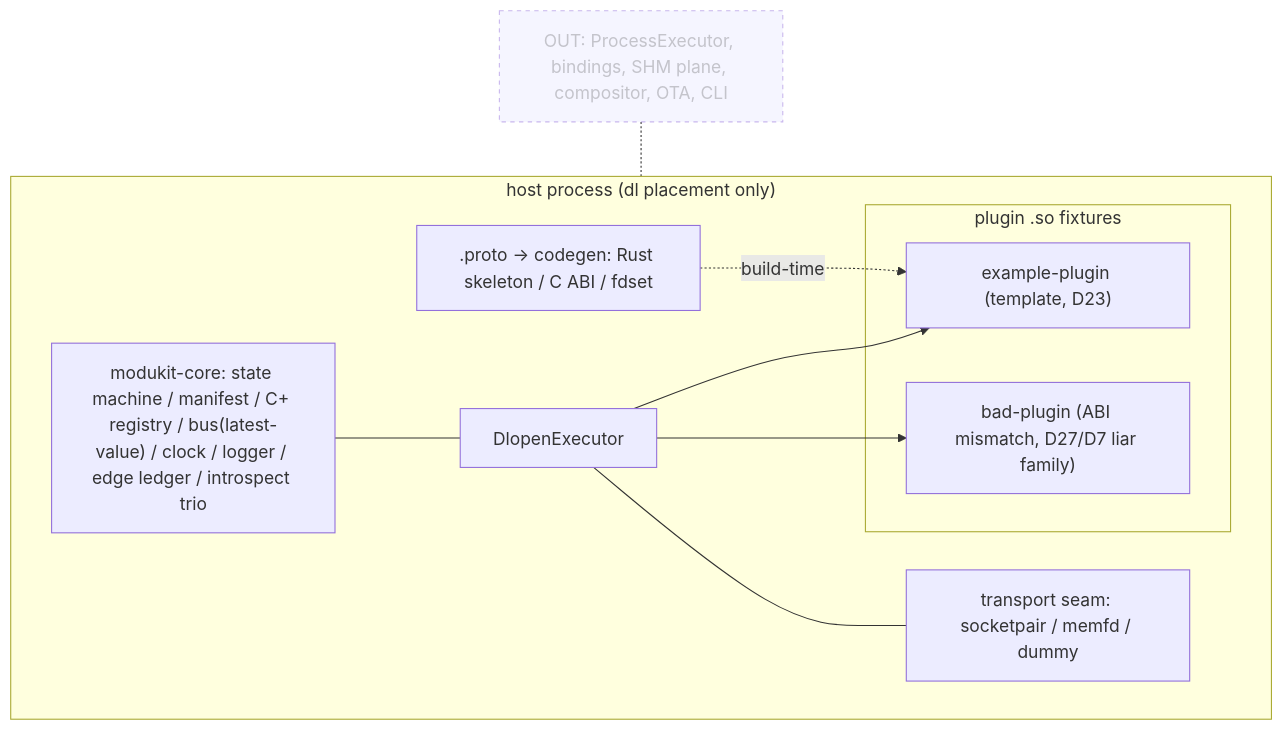
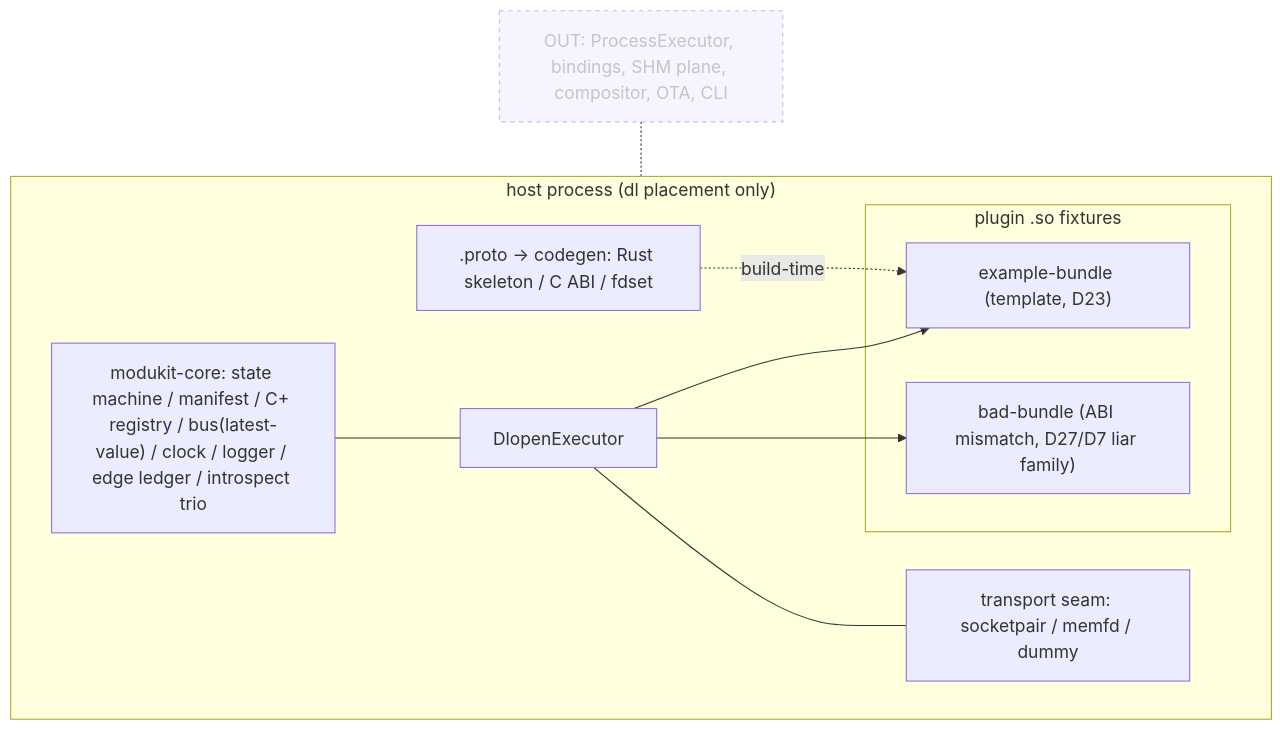
Before and after one commit to chengxuewen/ModuKit: the third of 3 diagrams in docs/stage-1-plan.md, drawn with Mermaid. The commit also changed other lines of this file and 108 other files, not shown here.

````diff
--- a/docs/stage-1-plan.md
+++ b/docs/stage-1-plan.md
@@ -77,17 +77,17 @@
 ```mermaid
 flowchart TB
     subgraph host["host process (dl placement only)"]
         K["modukit-core: state machine / manifest / C+ registry / bus(latest-value) / clock / logger / edge ledger / introspect trio"]
         EX["DlopenExecutor"]
         SEAM["transport seam: socketpair / memfd / dummy"]
         K --- EX --- SEAM
         subgraph plugs["plugin .so fixtures"]
-            EP["example-plugin (template, D23)"]
-            BP["bad-plugin (ABI mismatch, D27/D7 liar family)"]
+            EP["example-bundle (template, D23)"]
+            BP["bad-bundle (ABI mismatch, D27/D7 liar family)"]
         end
         EX --> EP & BP
         CG[".proto -> codegen: Rust skeleton / C ABI / fdset"] -.build-time.-> EP
     end
     NO1["OUT: ProcessExecutor, bindings, SHM plane, compositor, OTA, CLI"]:::out -.- host
     classDef out stroke-dasharray: 4 4,opacity:0.5
 ```
````
